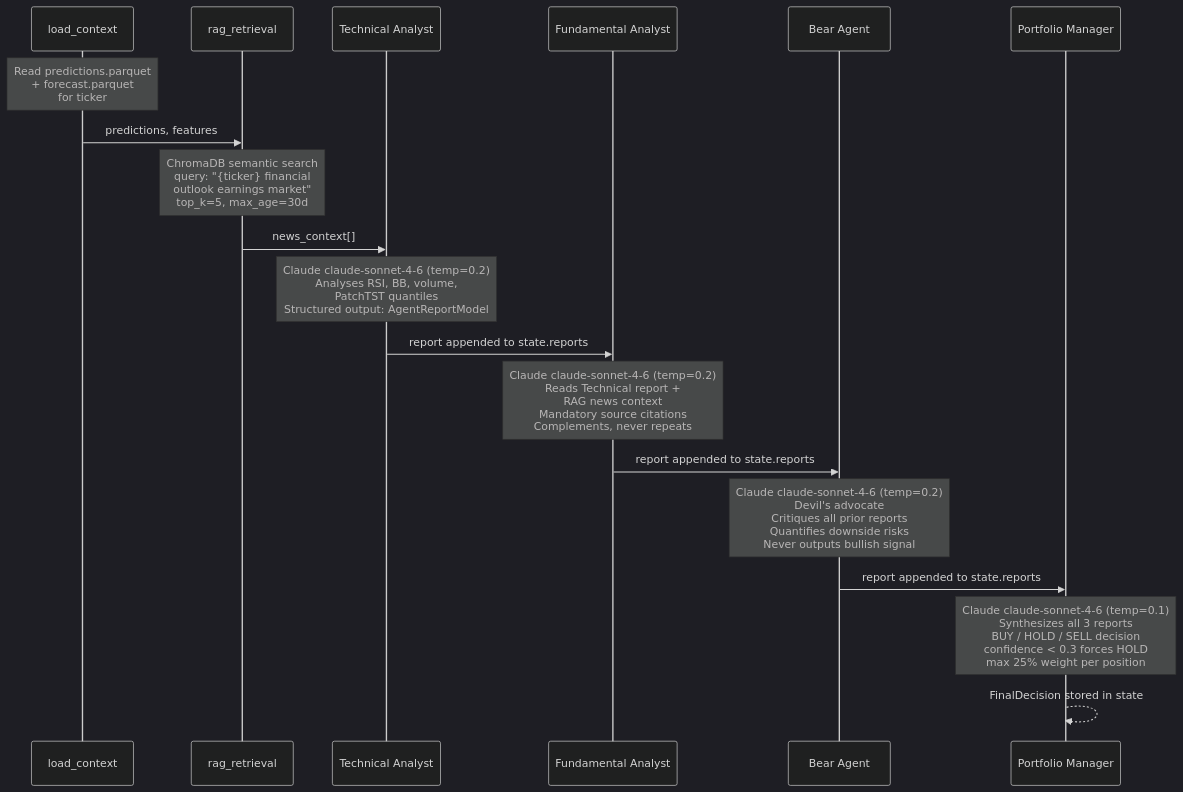
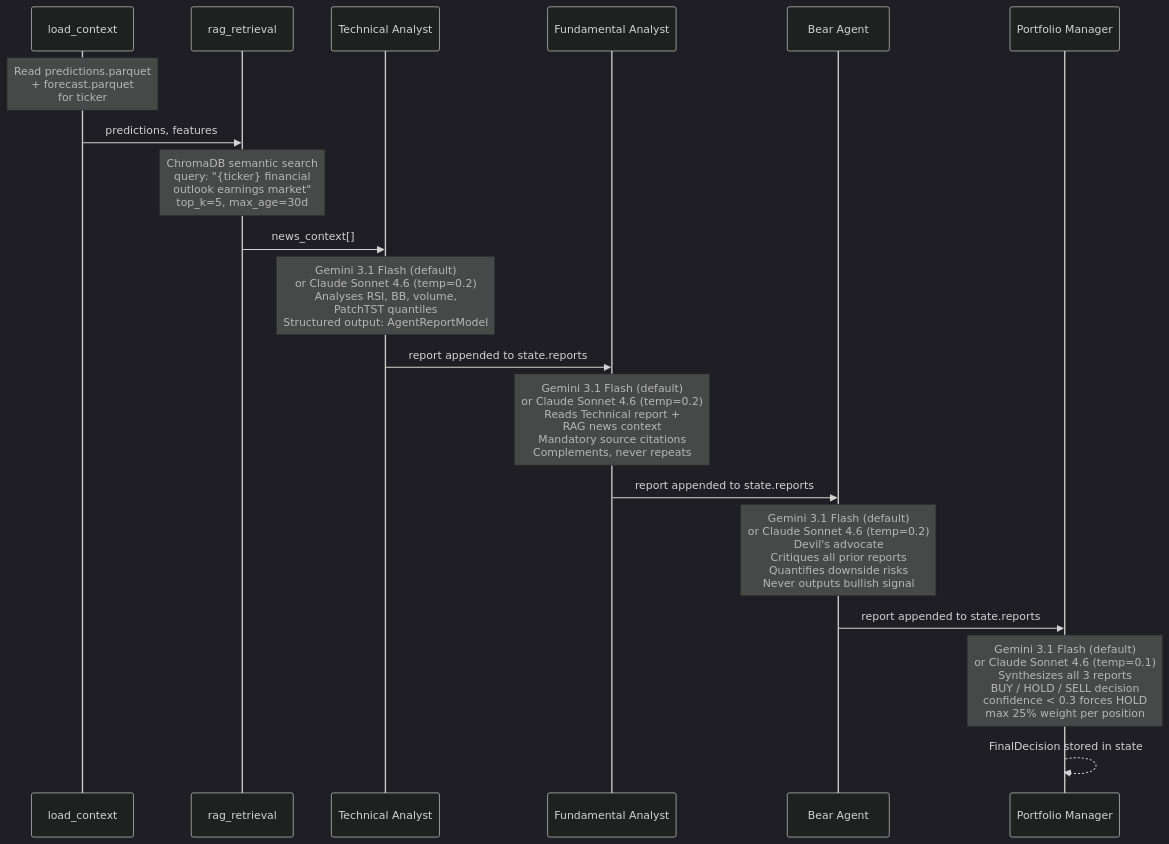
Before and after one commit to cockles98/titanium-alpha: the second of 2 diagrams in ARCHITECTURE.md, drawn with Mermaid (dark theme). The commit also changed other lines of this file and 23 other files, not shown here.

````diff
--- a/ARCHITECTURE.md
+++ b/ARCHITECTURE.md
@@ -250,27 +310,27 @@
 ```mermaid
 sequenceDiagram
     participant C as load_context
     participant R as rag_retrieval
     participant T as Technical Analyst
     participant F as Fundamental Analyst
     participant B as Bear Agent
     participant P as Portfolio Manager
 
     Note over C: Read predictions.parquet<br/>+ forecast.parquet<br/>for ticker
     C->>R: predictions, features
 
     Note over R: ChromaDB semantic search<br/>query: "{ticker} financial<br/>outlook earnings market"<br/>top_k=5, max_age=30d
     R->>T: news_context[]
 
-    Note over T: Claude claude-sonnet-4-6 (temp=0.2)<br/>Analyses RSI, BB, volume,<br/>PatchTST quantiles<br/>Structured output: AgentReportModel
+    Note over T: Gemini 3.1 Flash (default)<br/>or Claude Sonnet 4.6 (temp=0.2)<br/>Analyses RSI, BB, volume,<br/>PatchTST quantiles<br/>Structured output: AgentReportModel
     T->>F: report appended to state.reports
 
-    Note over F: Claude claude-sonnet-4-6 (temp=0.2)<br/>Reads Technical report +<br/>RAG news context<br/>Mandatory source citations<br/>Complements, never repeats
+    Note over F: Gemini 3.1 Flash (default)<br/>or Claude Sonnet 4.6 (temp=0.2)<br/>Reads Technical report +<br/>RAG news context<br/>Mandatory source citations<br/>Complements, never repeats
     F->>B: report appended to state.reports
 
-    Note over B: Claude claude-sonnet-4-6 (temp=0.2)<br/>Devil's advocate<br/>Critiques all prior reports<br/>Quantifies downside risks<br/>Never outputs bullish signal
+    Note over B: Gemini 3.1 Flash (default)<br/>or Claude Sonnet 4.6 (temp=0.2)<br/>Devil's advocate<br/>Critiques all prior reports<br/>Quantifies downside risks<br/>Never outputs bullish signal
     B->>P: report appended to state.reports
 
-    Note over P: Claude claude-sonnet-4-6 (temp=0.1)<br/>Synthesizes all 3 reports<br/>BUY / HOLD / SELL decision<br/>confidence < 0.3 forces HOLD<br/>max 25% weight per position
+    Note over P: Gemini 3.1 Flash (default)<br/>or Claude Sonnet 4.6 (temp=0.1)<br/>Synthesizes all 3 reports<br/>BUY / HOLD / SELL decision<br/>confidence < 0.3 forces HOLD<br/>max 25% weight per position
     P-->>P: FinalDecision stored in state
 ```
````
